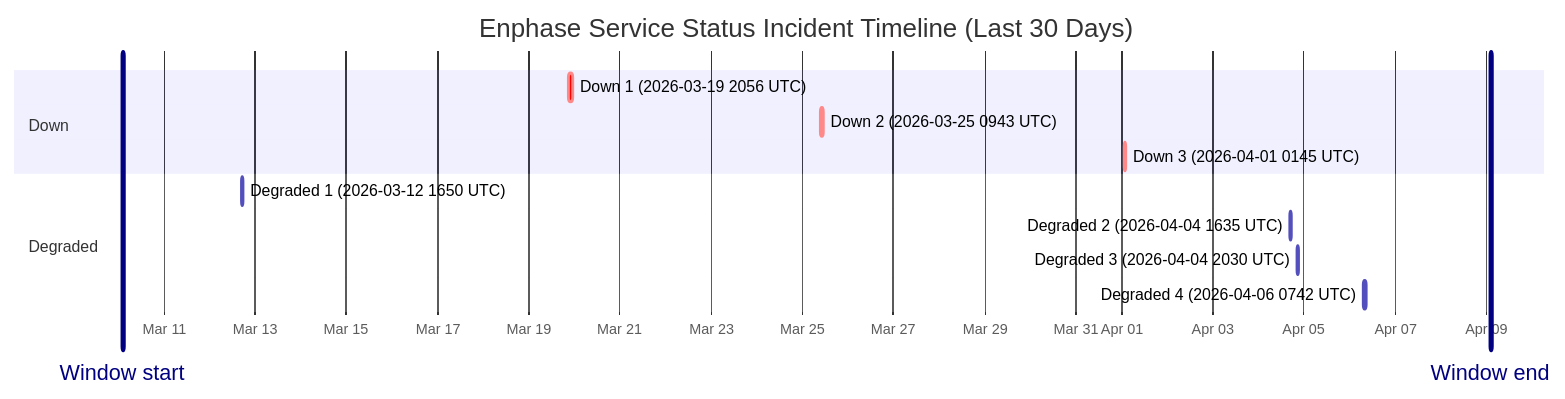
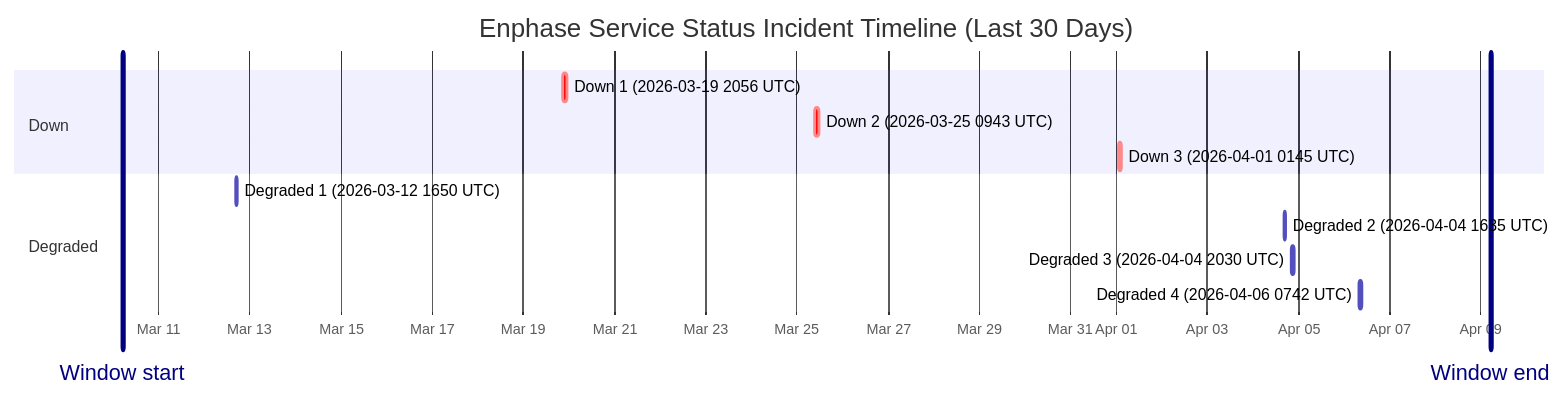
One commit to barneyonline/ha-enphase-ev-charger changed the diagram in wiki/Service-Status-History.md. Above: the diagram before and after it, drawn with Mermaid. The commit also changed other lines of this file and 3 other files, not shown here.

````diff
--- a/wiki/Service-Status-History.md
+++ b/wiki/Service-Status-History.md
@@ -14,17 +14,17 @@
 ```mermaid
 gantt
     title Enphase Service Status Incident Timeline (Last 30 Days)
     dateFormat  YYYY-MM-DDTHH:mm:ss
     axisFormat  %b %d
-    Window start :vert, window-start, 2026-03-10T02:10:01, 0ms
-    Window end :vert, window-end, 2026-04-09T02:10:01, 0ms
+    Window start :vert, window-start, 2026-03-10T04:56:42, 0ms
+    Window end :vert, window-end, 2026-04-09T04:56:42, 0ms
     section Down
     Down 1 (2026-03-19 2056 UTC) :crit, down-1, 2026-03-19T20:56:20, 145m
     Down 2 (2026-03-25 0943 UTC) :crit, down-2, 2026-03-25T09:43:28, 111m
     Down 3 (2026-04-01 0145 UTC) :crit, down-3, 2026-04-01T01:45:09, 60m
     section Degraded
     Degraded 1 (2026-03-12 1650 UTC) :active, degraded-1, 2026-03-12T16:50:43, 60m
     Degraded 2 (2026-04-04 1635 UTC) :active, degraded-2, 2026-04-04T16:35:17, 60m
     Degraded 3 (2026-04-04 2030 UTC) :active, degraded-3, 2026-04-04T20:30:40, 60m
     Degraded 4 (2026-04-06 0742 UTC) :active, degraded-4, 2026-04-06T07:42:09, 85m
 ```
````
